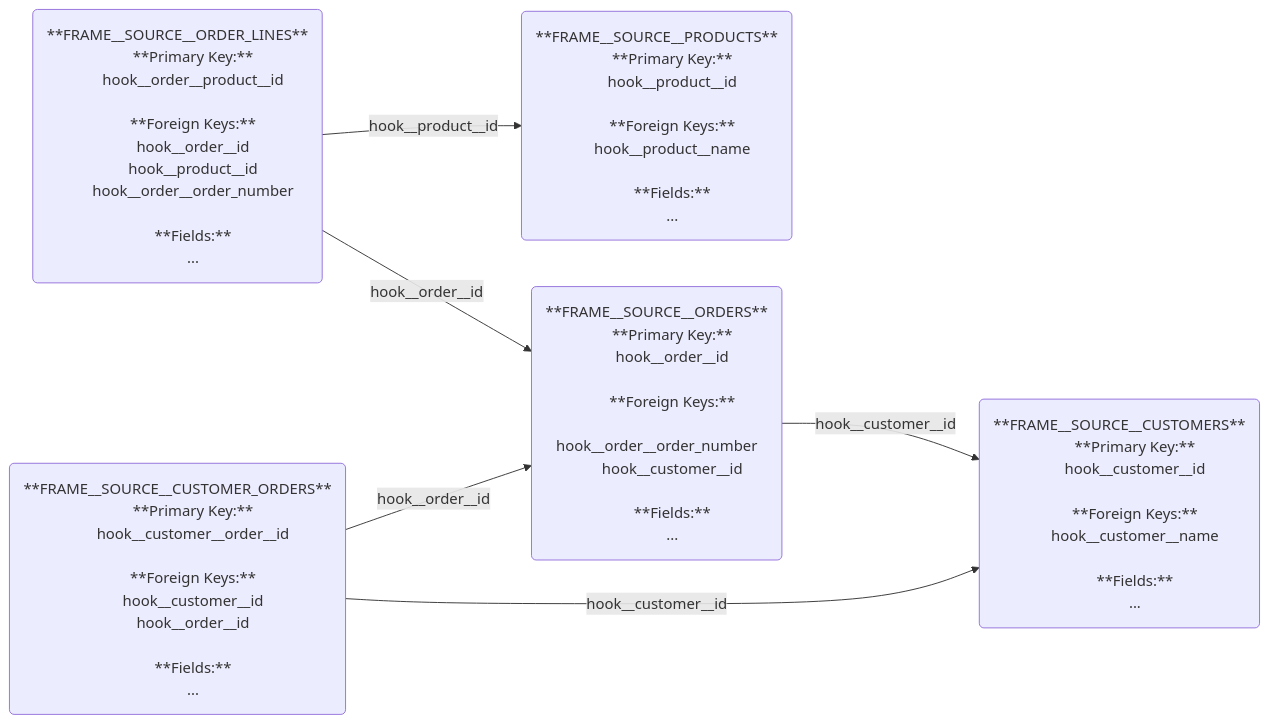
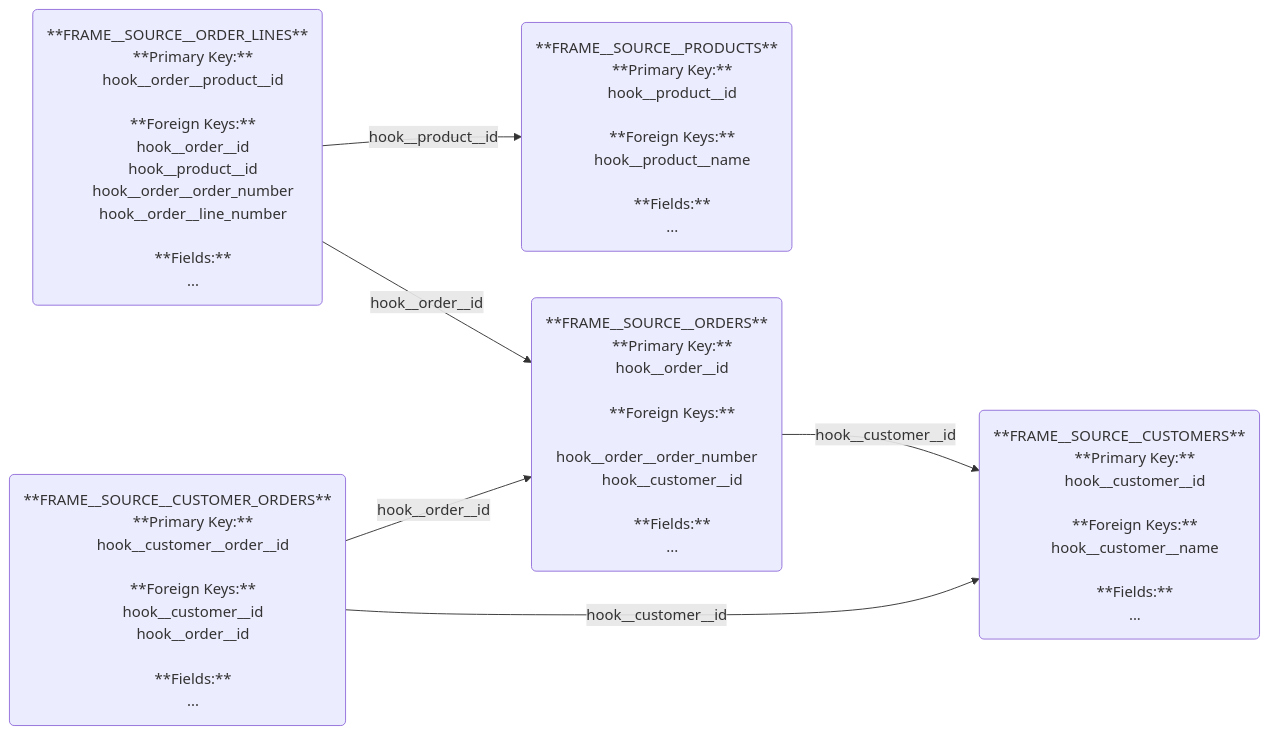
One commit to mattiasthalen/hook-forge changed the first of 2 diagrams in test/fixtures/documentation.md. Above: the diagram before and after it, drawn with Mermaid. The commit also changed 3 other files, not shown here.

````diff
--- a/test/fixtures/documentation.md
+++ b/test/fixtures/documentation.md
@@ -4,76 +4,77 @@
 ```mermaid
 flowchart LR
     %% Entities
     frame__source__products("
         **FRAME__SOURCE__PRODUCTS**
         **Primary Key:**
         hook__product__id
         &nbsp;
         **Foreign Keys:**
         hook__product__name
         &nbsp;
         **Fields:**
         ...
     ")
 
     frame__source__customers("
         **FRAME__SOURCE__CUSTOMERS**
         **Primary Key:**
         hook__customer__id
         &nbsp;
         **Foreign Keys:**
         hook__customer__name
         &nbsp;
         **Fields:**
         ...
     ")
 
     frame__source__orders("
         **FRAME__SOURCE__ORDERS**
         **Primary Key:**
         hook__order__id
         &nbsp;
         **Foreign Keys:**
         hook__order__order_number
         hook__customer__id
         &nbsp;
         **Fields:**
         ...
     ")
 
     frame__source__order_lines("
         **FRAME__SOURCE__ORDER_LINES**
         **Primary Key:**
         hook__order__product__id
         &nbsp;
         **Foreign Keys:**
         hook__order__id
         hook__product__id
         hook__order__order_number
+        hook__order__line_number
         &nbsp;
         **Fields:**
         ...
     ")
 
     frame__source__customer_orders("
         **FRAME__SOURCE__CUSTOMER_ORDERS**
         **Primary Key:**
         hook__customer__order__id
         &nbsp;
         **Foreign Keys:**
         hook__customer__id
         hook__order__id
         &nbsp;
         **Fields:**
         ...
     ")
 
     %% Relations
     frame__source__orders -- hook__customer__id --> frame__source__customers
 
     frame__source__order_lines -- hook__order__id --> frame__source__orders
     frame__source__order_lines -- hook__product__id --> frame__source__products
 
     frame__source__customer_orders -- hook__customer__id --> frame__source__customers
     frame__source__customer_orders -- hook__order__id --> frame__source__orders
 ```
````
